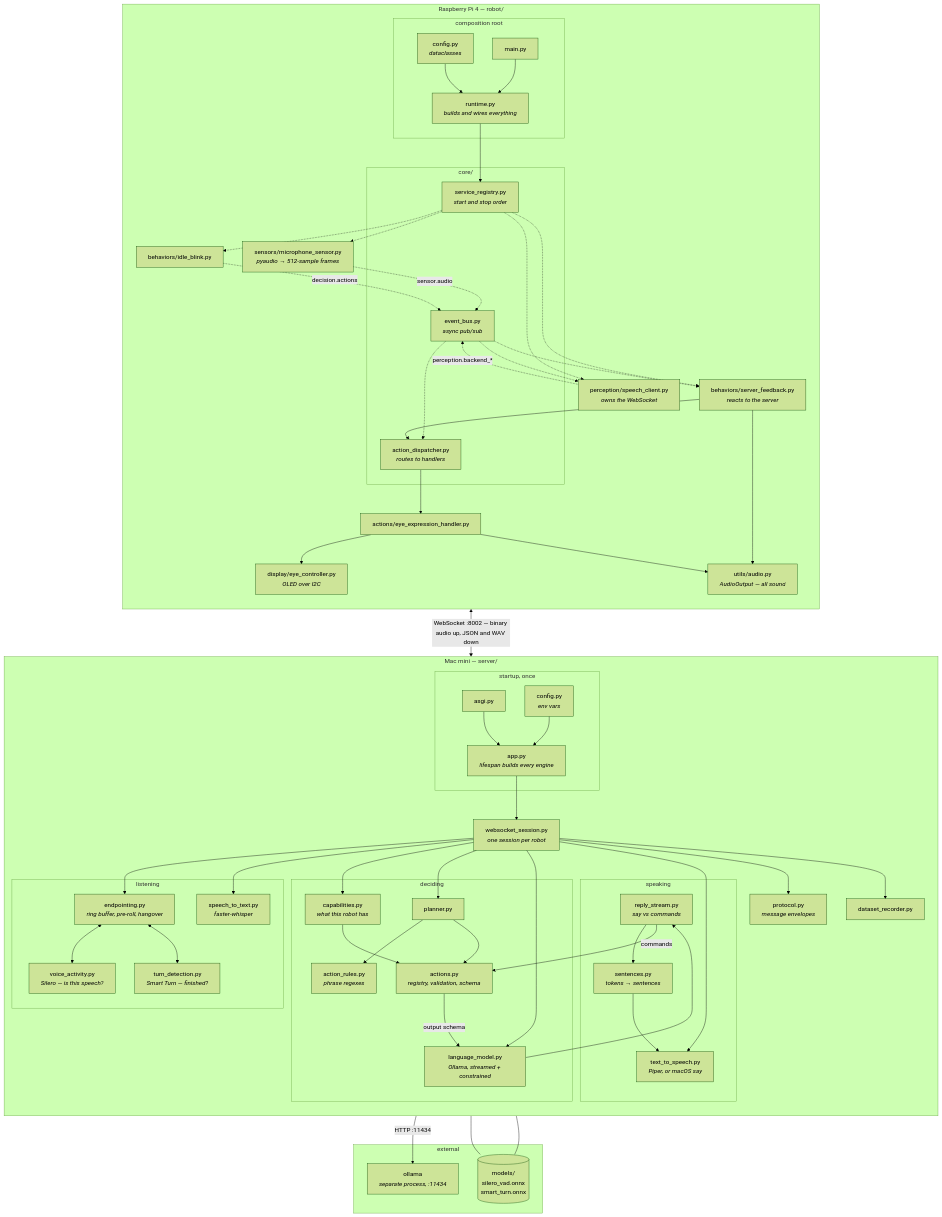
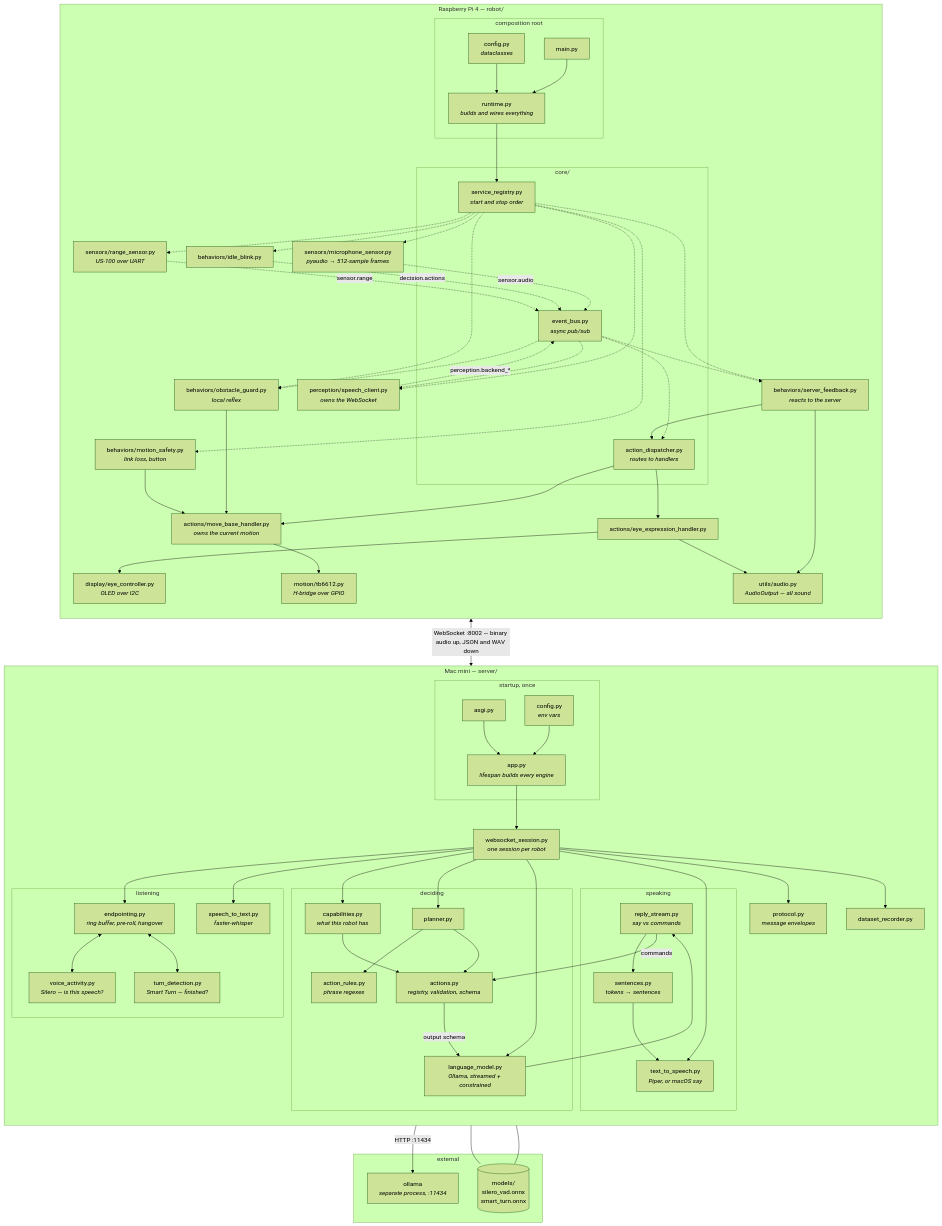
The first of 10 diagrams in docs/flows.md (Vlad-Andres/companion-robot-eva), drawn with Mermaid (forest theme) before and after one commit. The commit also changed other lines of this file and 4 other files, not shown here.

```diff
--- a/docs/flows.md
+++ b/docs/flows.md
@@ -45,11 +46,16 @@
   end
 
   MIC["sensors/microphone_sensor.py<br/><i>pyaudio → 512-sample frames</i>"]
+  RNG["sensors/range_sensor.py<br/><i>US-100 over UART</i>"]
   SC["perception/speech_client.py<br/><i>owns the WebSocket</i>"]
   FB["behaviors/server_feedback.py<br/><i>reacts to the server</i>"]
   BLINK["behaviors/idle_blink.py"]
+  GRD["behaviors/obstacle_guard.py<br/><i>local reflex</i>"]
+  SAFE["behaviors/motion_safety.py<br/><i>link loss, button</i>"]
   EYEH["actions/eye_expression_handler.py"]
+  MBH["actions/move_base_handler.py<br/><i>owns the current motion</i>"]
   EYEC["display/eye_controller.py<br/><i>OLED over I2C</i>"]
+  MOT["motion/tb6612.py<br/><i>H-bridge over GPIO</i>"]
   AUD["utils/audio.py<br/><i>AudioOutput — all sound</i>"]
 
   MAIN --> RT
@@ -67,7 +73,16 @@
   BUS -.-> DISP
   FB --> DISP
   DISP --> EYEH
+  DISP --> MBH
   EYEH --> EYEC
+  MBH --> MOT
+  RNG -. "sensor.range" .-> BUS
+  BUS -.-> GRD
+  GRD --> MBH
+  SAFE --> MBH
+  REG -.-> RNG
+  REG -.-> GRD
+  REG -.-> SAFE
   FB --> AUD
   EYEH --> AUD
 end
```
